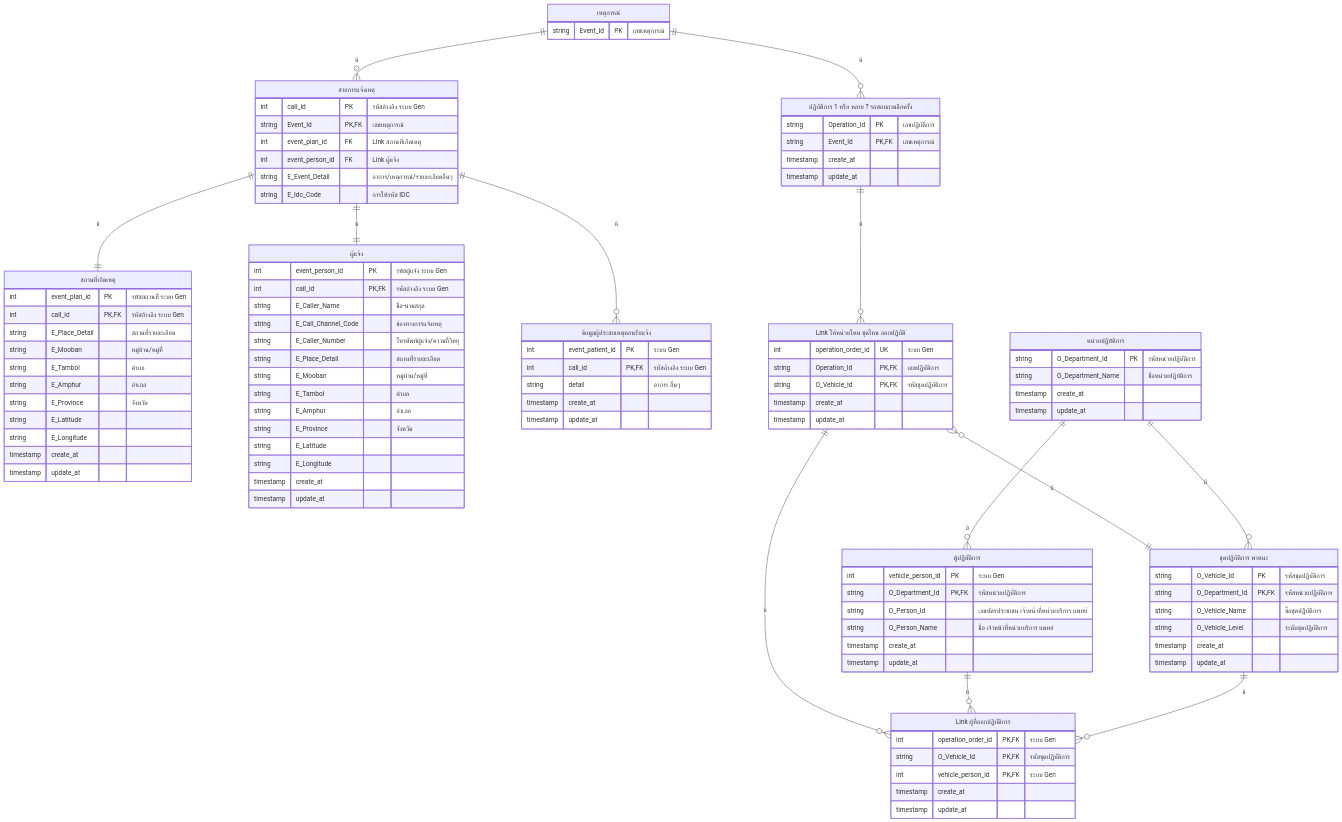
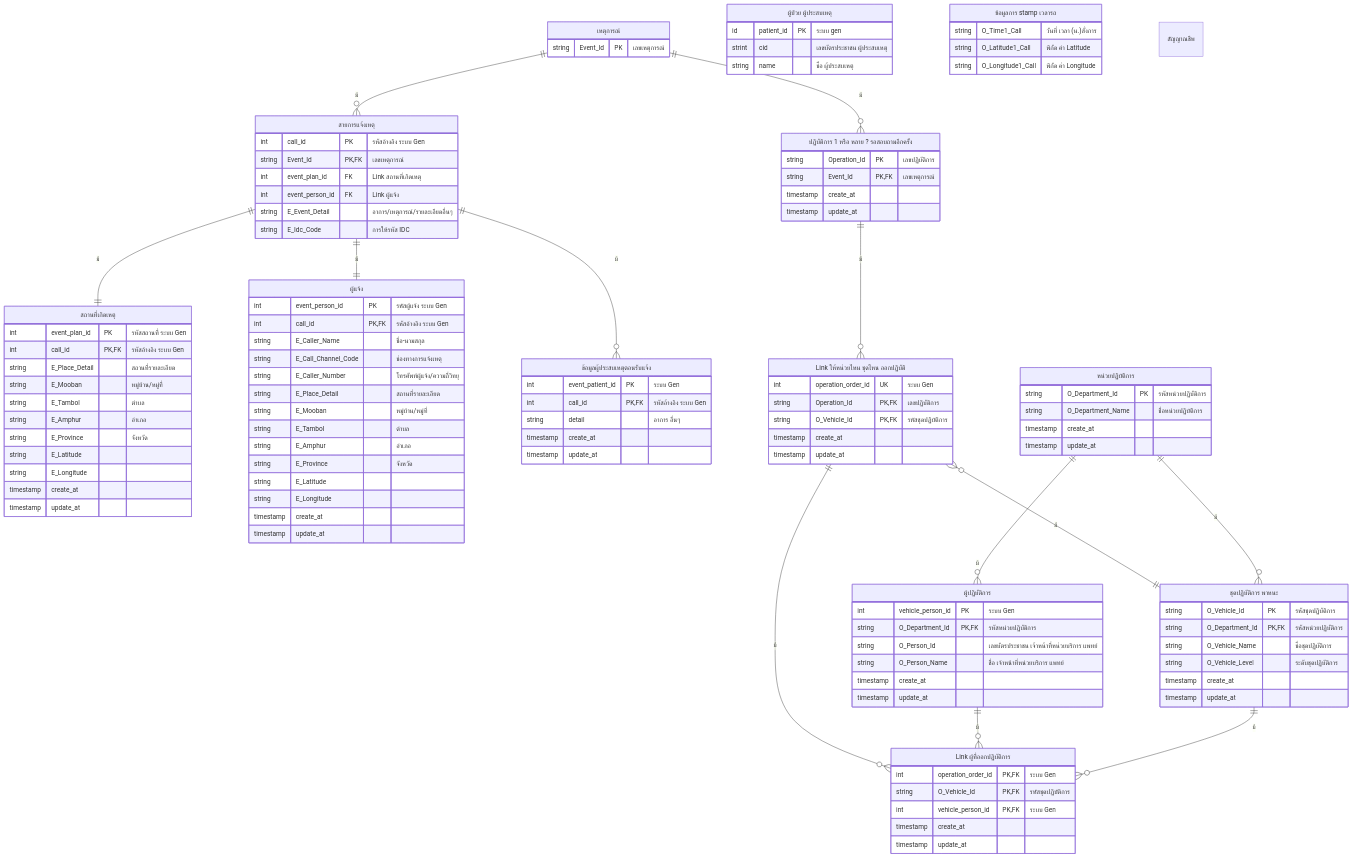
One commit to lionants02/iD-EMS changed the diagram in ER.md. Above: the diagram before and after it, drawn with Mermaid.

````diff
--- a/ER.md
+++ b/ER.md
@@ -113,4 +113,20 @@
     organization 1--many vehicle_person : "มี"
 
 
+    patient ["ผู้ป่วย ผู้ประสบเหตุ"]{
+        id patient_id PK "ระบบ gen"
+        strint cid "เลขบัตรประชาชน ผู้ประสบเหตุ"
+        string name "ชื่อ ผู้ประสบเหตุ"
+    }
+
+    vehicle_stamp["ข้อมูลการ stamp เวลารถ"]{
+        string O_Time1_Call "วันที่ เวลา (น.)สั่งการ"
+        string O_Latitude1_Call "พิกัด ค่า Latitude"
+        string O_Longitude1_Call "พิกัด ค่า Longitude"
+    }
+
+    vital_sign["สัญญาณชีพ"]
+
+
+
 ```
````
